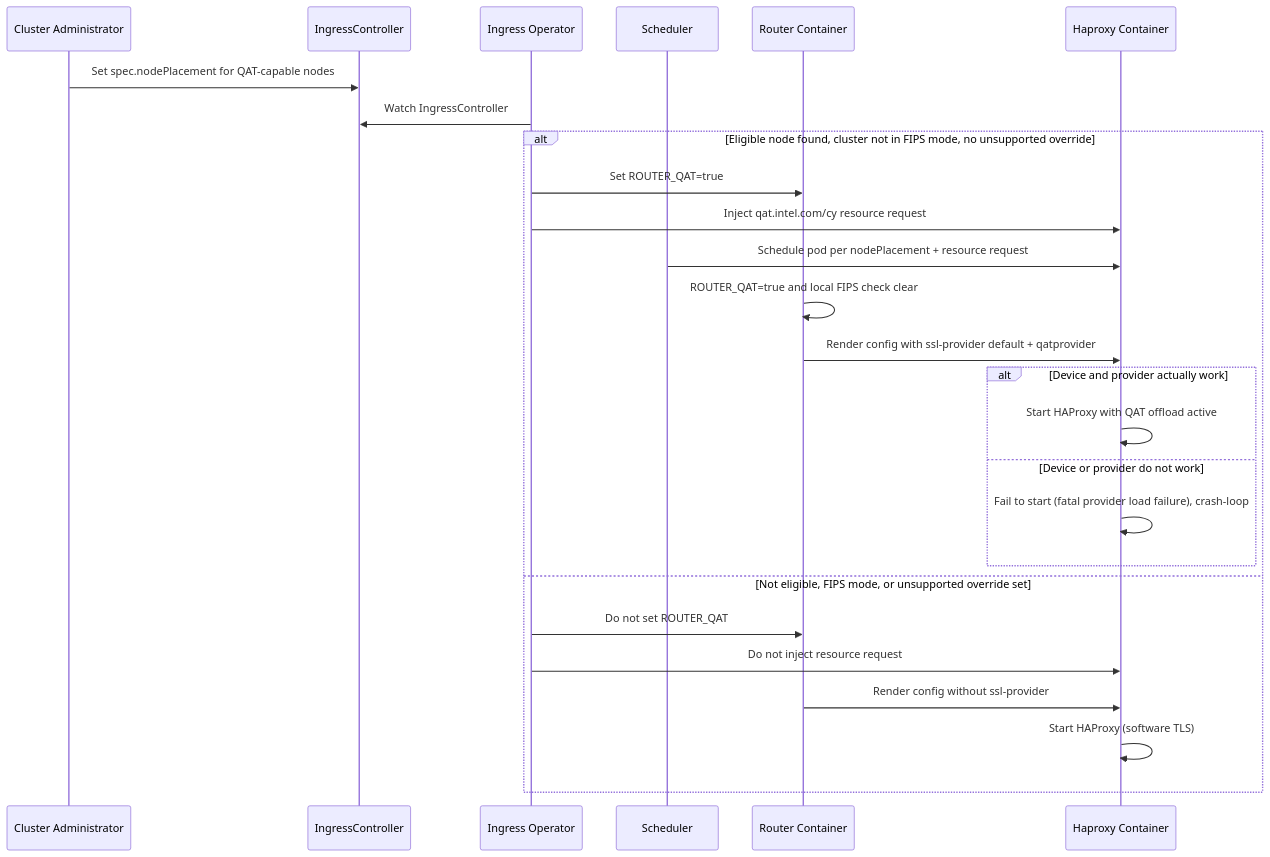
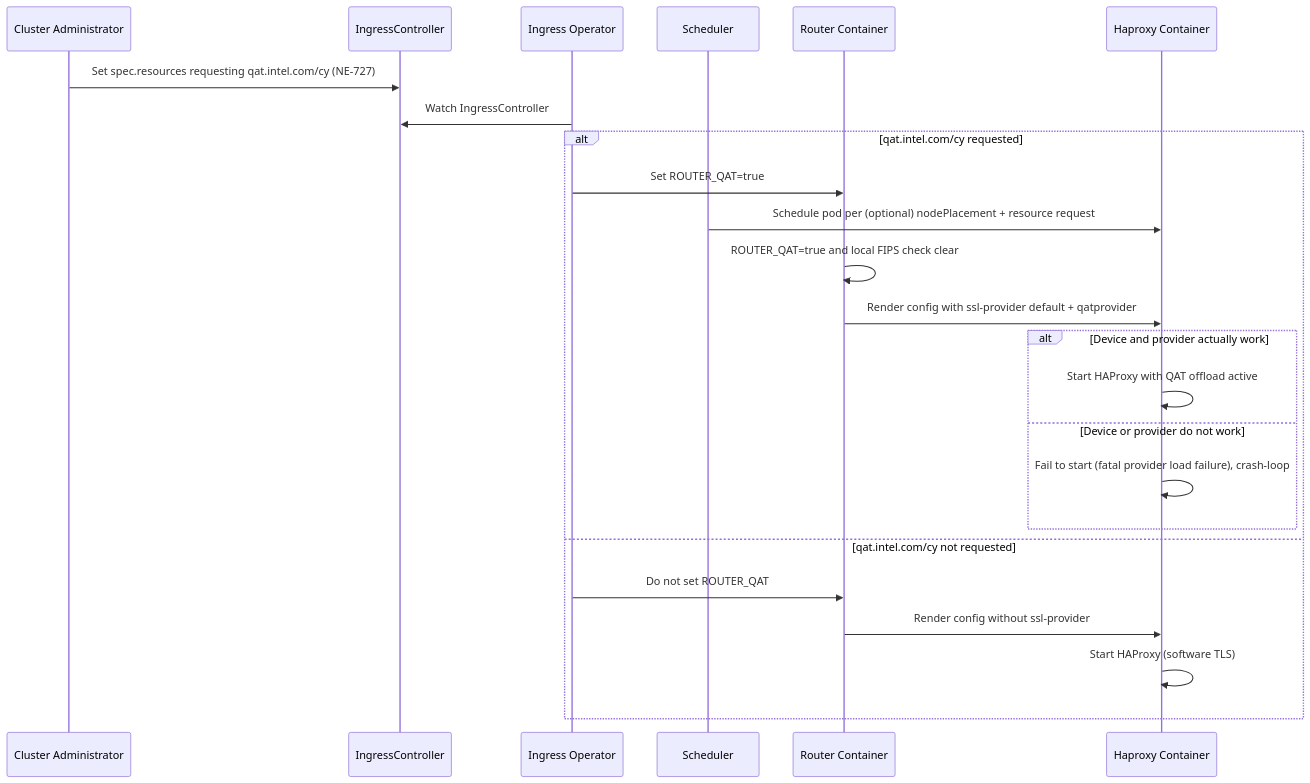
The diagram in enhancements/ingress/qat-acceleration-for-ingress.md (openshift/enhancements), drawn with Mermaid before and after one commit. The commit also changed other lines of this file, not shown here.

Commit message:
qat via spec.resources

````diff
--- a/enhancements/ingress/qat-acceleration-for-ingress.md
+++ b/enhancements/ingress/qat-acceleration-for-ingress.md
@@ -287,29 +317,27 @@
 ```mermaid
 sequenceDiagram
     participant Admin as Cluster Administrator
     participant IC as IngressController
     participant Operator as Ingress Operator
     participant Sched as Scheduler
     participant Router as Router Container
     participant Haproxy as Haproxy Container
 
-    Admin->>IC: Set spec.nodePlacement for QAT-capable nodes
+    Admin->>IC: Set spec.resources requesting qat.intel.com/cy (NE-727)
     Operator->>IC: Watch IngressController
-    alt Eligible node found, cluster not in FIPS mode, no unsupported override
+    alt qat.intel.com/cy requested
         Operator->>Router: Set ROUTER_QAT=true
-        Operator->>Haproxy: Inject qat.intel.com/cy resource request
-        Sched->>Haproxy: Schedule pod per nodePlacement + resource request
+        Sched->>Haproxy: Schedule pod per (optional) nodePlacement + resource request
         Router->>Router: ROUTER_QAT=true and local FIPS check clear
         Router->>Haproxy: Render config with ssl-provider default + qatprovider
         alt Device and provider actually work
             Haproxy->>Haproxy: Start HAProxy with QAT offload active
         else Device or provider do not work
             Haproxy->>Haproxy: Fail to start (fatal provider load failure), crash-loop
         end
-    else Not eligible, FIPS mode, or unsupported override set
+    else qat.intel.com/cy not requested
         Operator->>Router: Do not set ROUTER_QAT
-        Operator->>Haproxy: Do not inject resource request
         Router->>Haproxy: Render config without ssl-provider
         Haproxy->>Haproxy: Start HAProxy (software TLS)
     end
 ```
````
